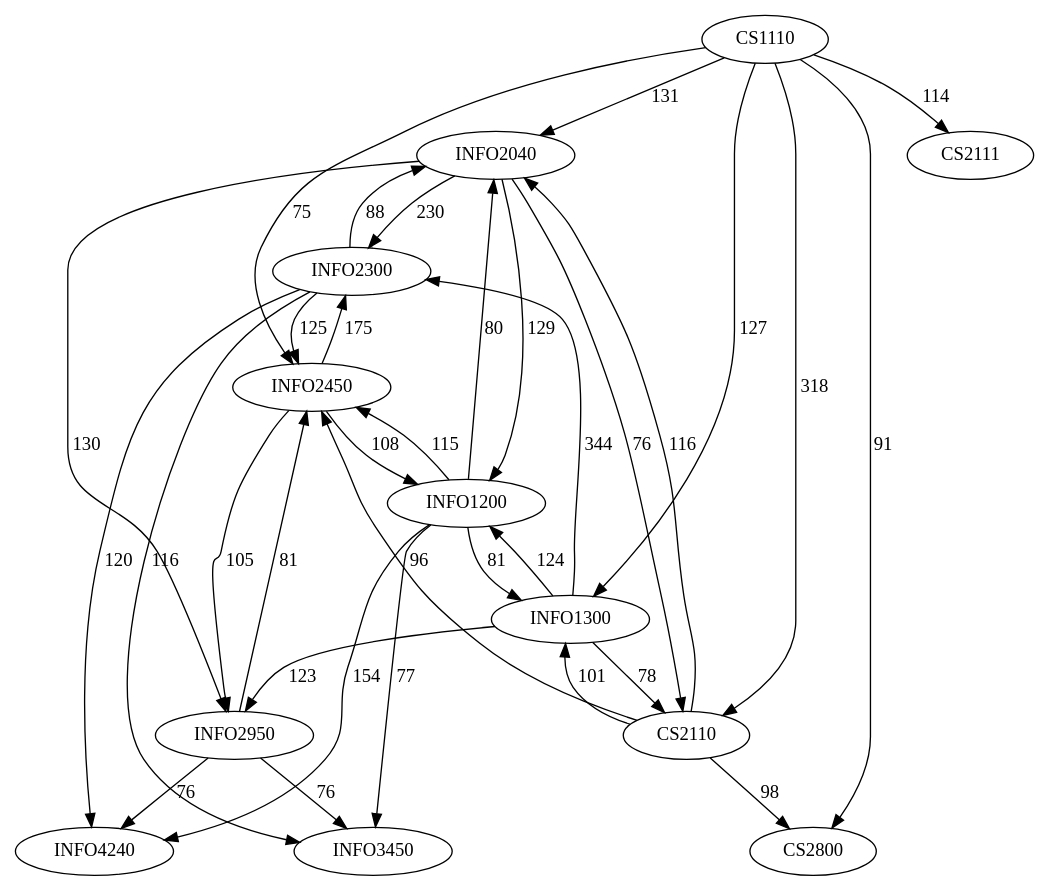
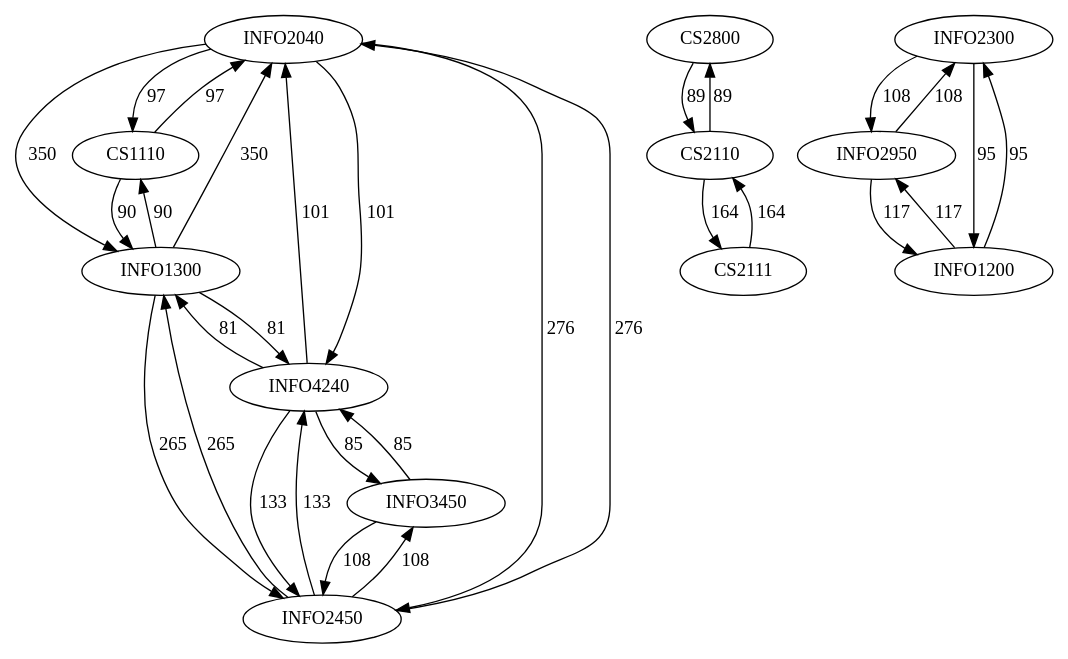
Before and after one commit to yangdanny97/pathways-vis: the diagram in test3.dot, drawn with Graphviz. The commit also changed 4 other files, not shown here.

```diff
--- a/test3.dot
+++ b/test3.dot
@@ -1,42 +1,44 @@
 digraph course_graph {
-INFO2040 -> INFO2300 [ label = "230" ];
-INFO2040 -> CS2110 [ label = "76" ];
-INFO2040 -> INFO2950 [ label = "130" ];
-INFO2040 -> INFO1200 [ label = "129" ];
-CS1110 -> INFO2040 [ label = "131" ];
-CS1110 -> CS2800 [ label = "91" ];
-CS1110 -> CS2111 [ label = "114" ];
-CS1110 -> INFO2450 [ label = "75" ];
-CS1110 -> CS2110 [ label = "318" ];
-CS1110 -> INFO1300 [ label = "127" ];
-INFO2300 -> INFO2040 [ label = "88" ];
-INFO2300 -> INFO2450 [ label = "125" ];
-INFO2300 -> INFO3450 [ label = "116" ];
-INFO2300 -> INFO4240 [ label = "120" ];
-INFO2450 -> INFO2300 [ label = "175" ];
-INFO2450 -> INFO2950 [ label = "105" ];
-INFO2450 -> INFO1200 [ label = "108" ];
-CS2110 -> INFO2040 [ label = "116" ];
-CS2110 -> CS2800 [ label = "98" ];
-CS2110 -> INFO2450 [ label = "96" ];
-CS2110 -> INFO1300 [ label = "101" ];
-INFO2950 -> INFO2450 [ label = "81" ];
-INFO2950 -> INFO3450 [ label = "76" ];
-INFO2950 -> INFO4240 [ label = "76" ];
-INFO1300 -> INFO2300 [ label = "344" ];
-INFO1300 -> CS2110 [ label = "78" ];
-INFO1300 -> INFO2950 [ label = "123" ];
-INFO1300 -> INFO1200 [ label = "124" ];
-INFO1200 -> INFO2040 [ label = "80" ];
-INFO1200 -> INFO2450 [ label = "115" ];
-INFO1200 -> INFO3450 [ label = "77" ];
-INFO1200 -> INFO4240 [ label = "154" ];
-INFO1200 -> INFO1300 [ label = "81" ];
+INFO2040 -> CS1110 [ label = "97" ];
+INFO2040 -> INFO2450 [ label = "276" ];
+INFO2040 -> INFO4240 [ label = "101" ];
+INFO2040 -> INFO1300 [ label = "350" ];
+CS1110 -> INFO2040 [ label = "97" ];
+CS1110 -> INFO1300 [ label = "90" ];
+CS2800 -> CS2110 [ label = "89" ];
+INFO2300 -> INFO2950 [ label = "108" ];
+INFO2300 -> INFO1200 [ label = "95" ];
+CS2111 -> CS2110 [ label = "164" ];
+INFO2450 -> INFO2040 [ label = "276" ];
+INFO2450 -> INFO3450 [ label = "108" ];
+INFO2450 -> INFO4240 [ label = "133" ];
+INFO2450 -> INFO1300 [ label = "265" ];
+INFO3450 -> INFO2450 [ label = "108" ];
+INFO3450 -> INFO4240 [ label = "85" ];
+CS2110 -> CS2800 [ label = "89" ];
+CS2110 -> CS2111 [ label = "164" ];
+INFO4240 -> INFO2040 [ label = "101" ];
+INFO4240 -> INFO2450 [ label = "133" ];
+INFO4240 -> INFO3450 [ label = "85" ];
+INFO4240 -> INFO1300 [ label = "81" ];
+INFO2950 -> INFO2300 [ label = "108" ];
+INFO2950 -> INFO1200 [ label = "117" ];
+INFO1300 -> INFO2040 [ label = "350" ];
+INFO1300 -> CS1110 [ label = "90" ];
+INFO1300 -> INFO2450 [ label = "265" ];
+INFO1300 -> INFO4240 [ label = "81" ];
+INFO1200 -> INFO2300 [ label = "95" ];
+INFO1200 -> INFO2950 [ label = "117" ];
+INFO2950 [ label = "INFO2950" ];
+INFO2040 [ label = "INFO2040" ];
+CS2111 [ label = "CS2111" ];
+CS2800 [ label = "CS2800" ];
+INFO2300 [ label = "INFO2300" ];
+INFO4240 [ label = "INFO4240" ];
+INFO2450 [ label = "INFO2450" ];
+INFO3450 [ label = "INFO3450" ];
+CS1110 [ label = "CS1110" ];
 CS2110 [ label = "CS2110" ];
+INFO1300 [ label = "INFO1300" ];
 INFO1200 [ label = "INFO1200" ];
-INFO2040 [ label = "INFO2040" ];
-INFO1300 [ label = "INFO1300" ];
-INFO2300 [ label = "INFO2300" ];
-INFO2950 [ label = "INFO2950" ];
-INFO2450 [ label = "INFO2450" ];
 }
```
